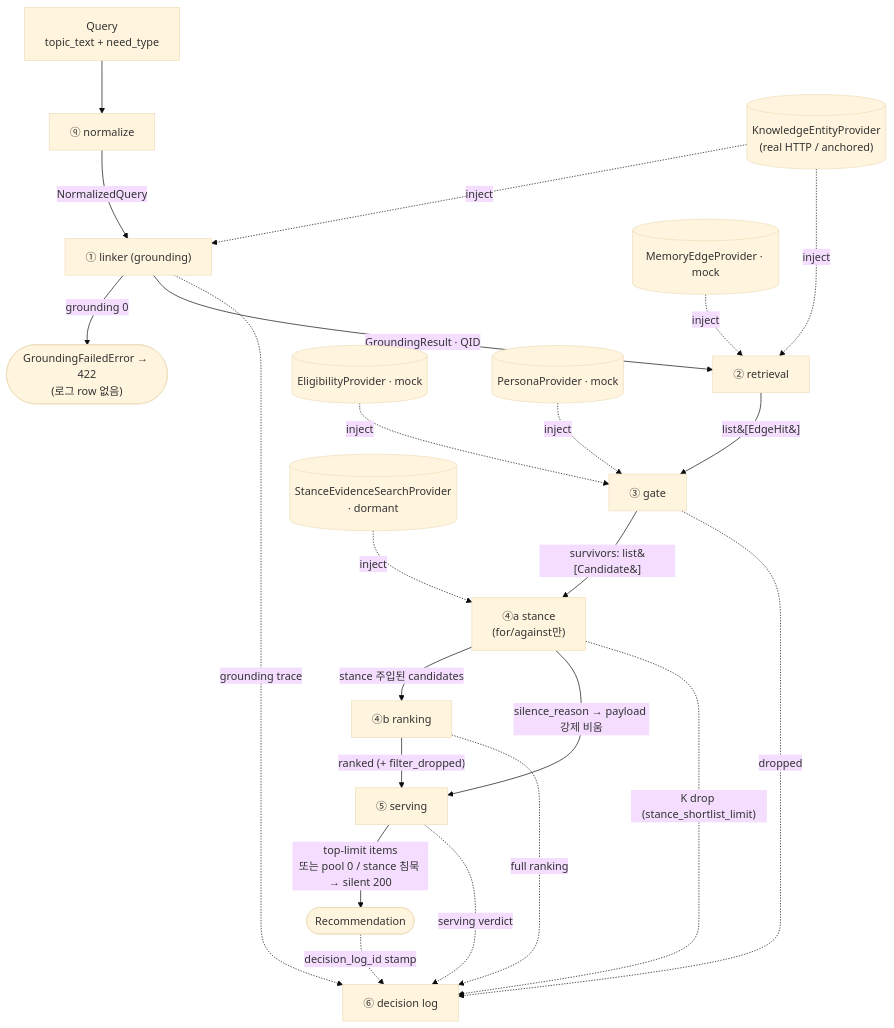
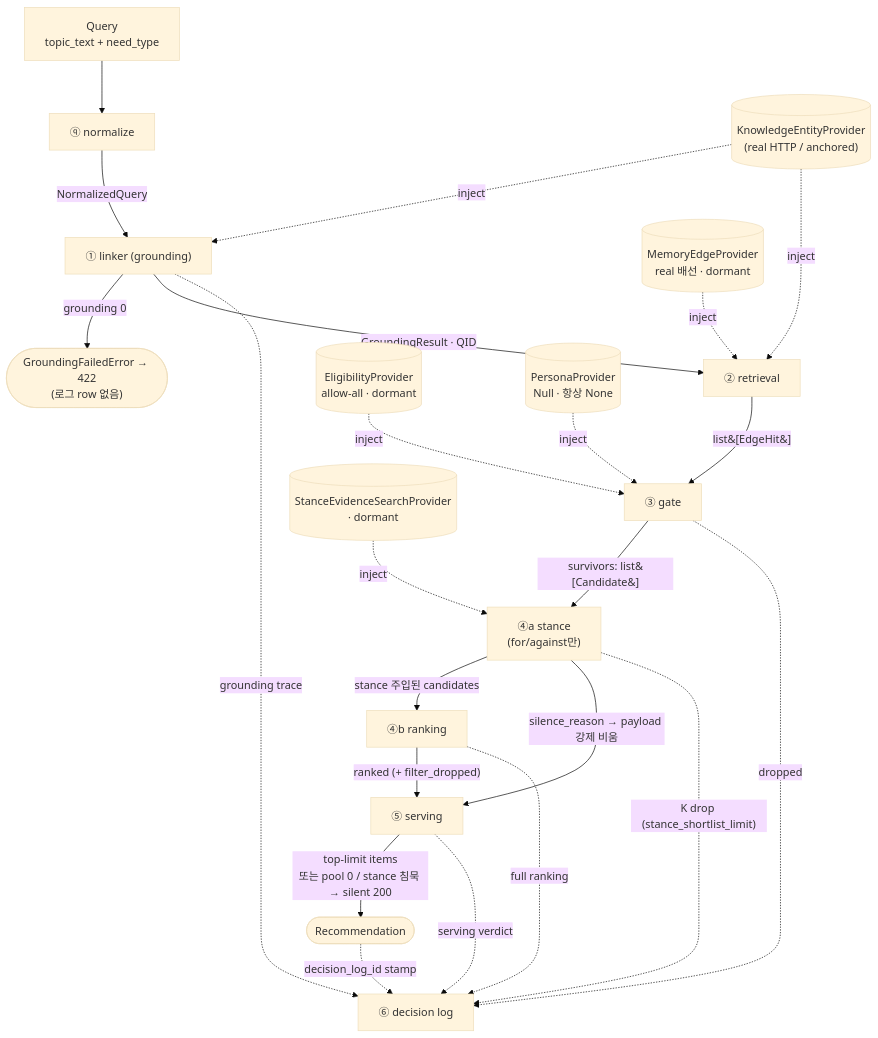
The diagram in impl/README.md (Henry-XinobiAI/Agent-Discovery-Planning), drawn with Mermaid (base theme) before and after one commit. The commit also changed other lines of this file and 5 other files, not shown here.

````diff
--- a/impl/README.md
+++ b/impl/README.md
@@ -63,27 +63,27 @@
 ```mermaid
 flowchart TD
     Q["Query<br/>topic_text + need_type"] --> N["ⓠ normalize"]
     N -->|NormalizedQuery| L["① linker (grounding)"]
     L -->|"grounding 0"| E422(["GroundingFailedError → 422<br/>(로그 row 없음)"])
     L -->|"GroundingResult · QID"| R["② retrieval"]
     R -->|"list&#91;EdgeHit&#93;"| G["③ gate"]
     G -->|"survivors: list&#91;Candidate&#93;"| ST["④a stance<br/>(for/against만)"]
     ST -->|"stance 주입된 candidates"| RK["④b ranking"]
     ST -->|"silence_reason → payload 강제 비움"| SV
     RK -->|"ranked (+ filter_dropped)"| SV["⑤ serving"]
     SV -->|"top-limit items<br/>또는 pool 0 / stance 침묵 → silent 200"| REC(["Recommendation"])
 
     G -. dropped .-> DL["⑥ decision log"]
     L -. grounding trace .-> DL
     ST -. "K drop (stance_shortlist_limit)" .-> DL
     RK -. full ranking .-> DL
     SV -. serving verdict .-> DL
     REC -. decision_log_id stamp .-> DL
 
     KP[("KnowledgeEntityProvider<br/>(real HTTP / anchored)")] -. inject .-> L
     KP -. inject .-> R
-    EP[("MemoryEdgeProvider · mock")] -. inject .-> R
-    ELP[("EligibilityProvider · mock")] -. inject .-> G
-    PP[("PersonaProvider · mock")] -. inject .-> G
+    EP[("MemoryEdgeProvider<br/>real 배선 · dormant")] -. inject .-> R
+    ELP[("EligibilityProvider<br/>allow-all · dormant")] -. inject .-> G
+    PP[("PersonaProvider<br/>Null · 항상 None")] -. inject .-> G
     SP[("StanceEvidenceSearchProvider<br/>· dormant")] -. inject .-> ST
 ```
````
